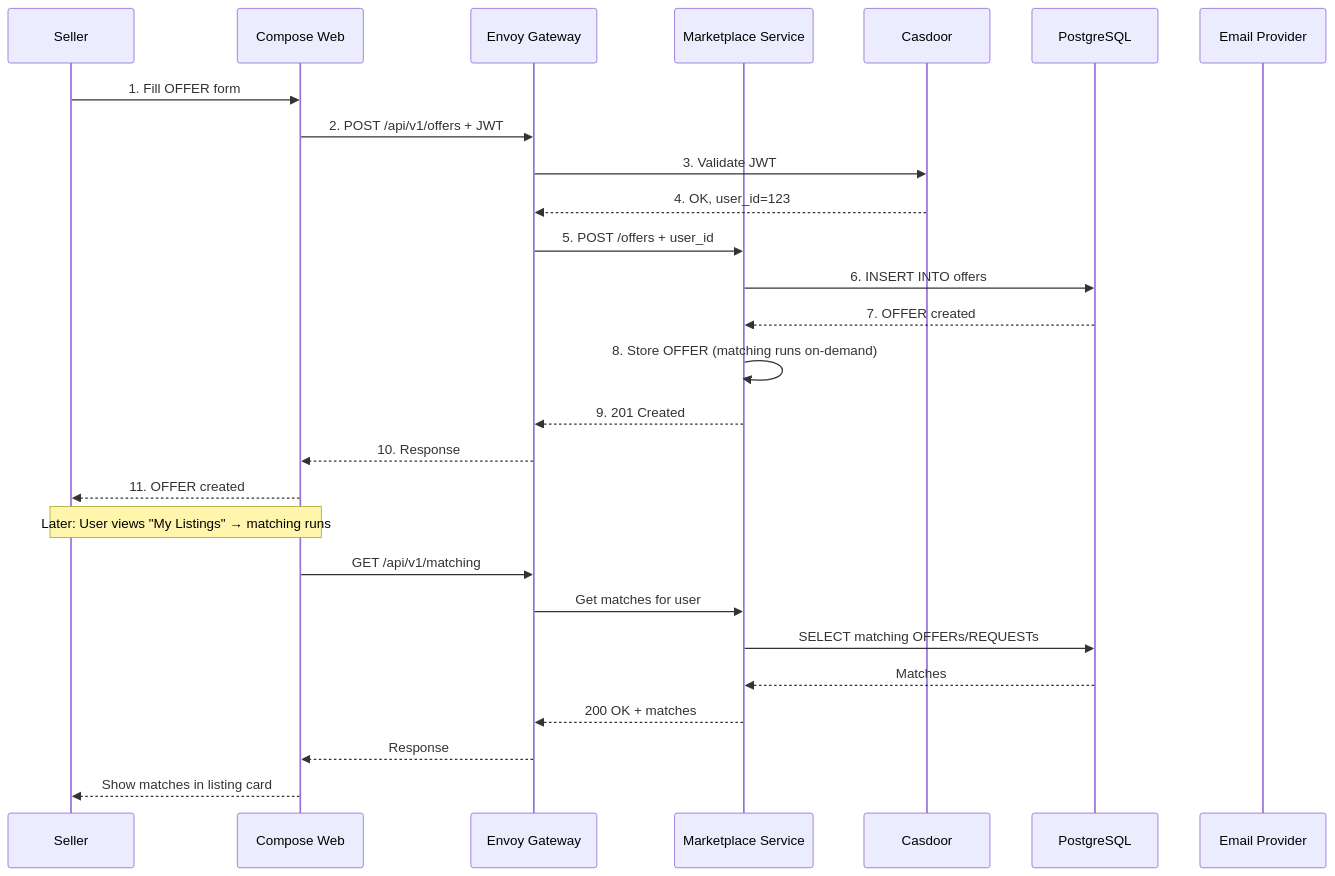
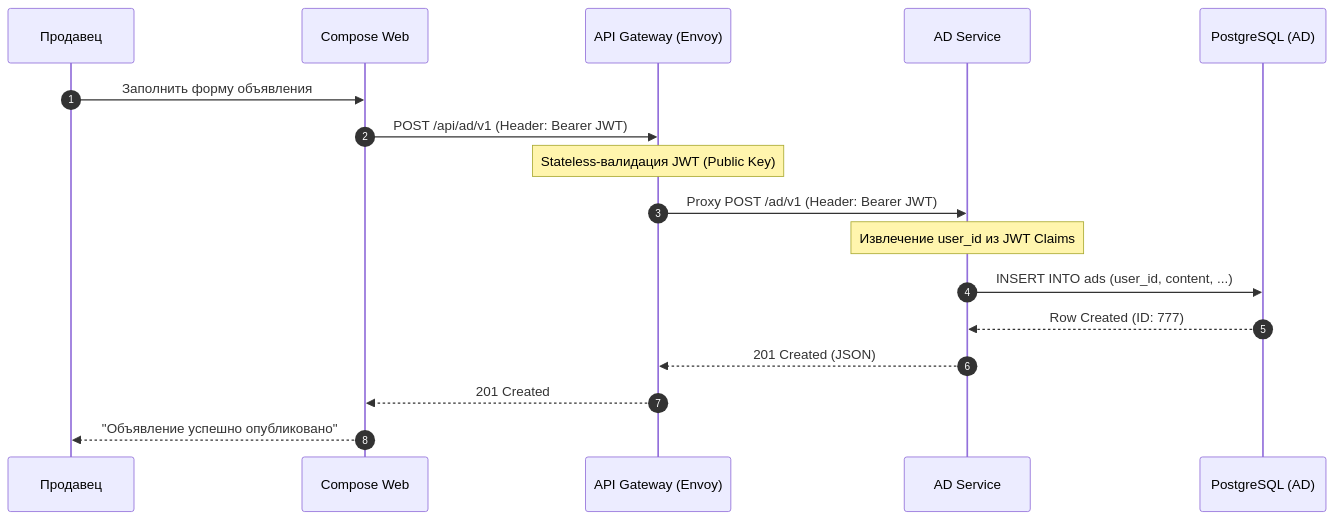
One commit to otuskotlin/202602-ok-marketplace changed the third of 5 diagrams in docs/architecture/c4-2-container.md. Above: the diagram before and after it, drawn with Mermaid. The commit also changed other lines of this file and 6 other files, not shown here.

````diff
--- a/docs/architecture/c4-2-container.md
+++ b/docs/architecture/c4-2-container.md
@@ -165,31 +305,25 @@
 ```mermaid
 sequenceDiagram
-    participant User as Seller
-    participant Frontend as Compose Web
-    participant Gateway as Envoy Gateway
-    participant MS as Marketplace Service
-    participant Casdoor as Casdoor
-    participant DB as PostgreSQL
-    participant Email as Email Provider
-    
-    User->>Frontend: 1. Fill OFFER form
-    Frontend->>Gateway: 2. POST /api/v1/offers + JWT
-    Gateway->>Casdoor: 3. Validate JWT
-    Casdoor-->>Gateway: 4. OK, user_id=123
-    Gateway->>MS: 5. POST /offers + user_id
-    MS->>DB: 6. INSERT INTO offers
-    DB-->>MS: 7. OFFER created
-    MS->>MS: 8. Store OFFER (matching runs on-demand)
-    MS-->>Gateway: 9. 201 Created
-    Gateway-->>Frontend: 10. Response
-    Frontend-->>User: 11. OFFER created
+    autonumber
+    participant User as Продавец
+    participant Web as Compose Web
+    participant GW as API Gateway (Envoy)
+    participant AD as AD Service
+    participant DB as PostgreSQL (AD)
 
-    Note over User, Frontend: Later: User views "My Listings" → matching runs
-    Frontend->>Gateway: GET /api/v1/matching
-    Gateway->>MS: Get matches for user
-    MS->>DB: SELECT matching OFFERs/REQUESTs
-    DB-->>MS: Matches
-    MS-->>Gateway: 200 OK + matches
-    Gateway-->>Frontend: Response
-    Frontend-->>User: Show matches in listing card
+    User->>Web: Заполнить форму объявления
+    Web->>GW: POST /api/ad/v1 (Header: Bearer JWT)
+
+    Note over GW: Stateless-валидация JWT (Public Key)
+
+    GW->>AD: Proxy POST /ad/v1 (Header: Bearer JWT)
+
+    Note over AD: Извлечение user_id из JWT Claims
+
+    AD->>DB: INSERT INTO ads (user_id, content, ...)
+    DB-->>AD: Row Created (ID: 777)
+
+    AD-->>GW: 201 Created (JSON)
+    GW-->>Web: 201 Created
+    Web-->>User: "Объявление успешно опубликовано"
 ```
````
